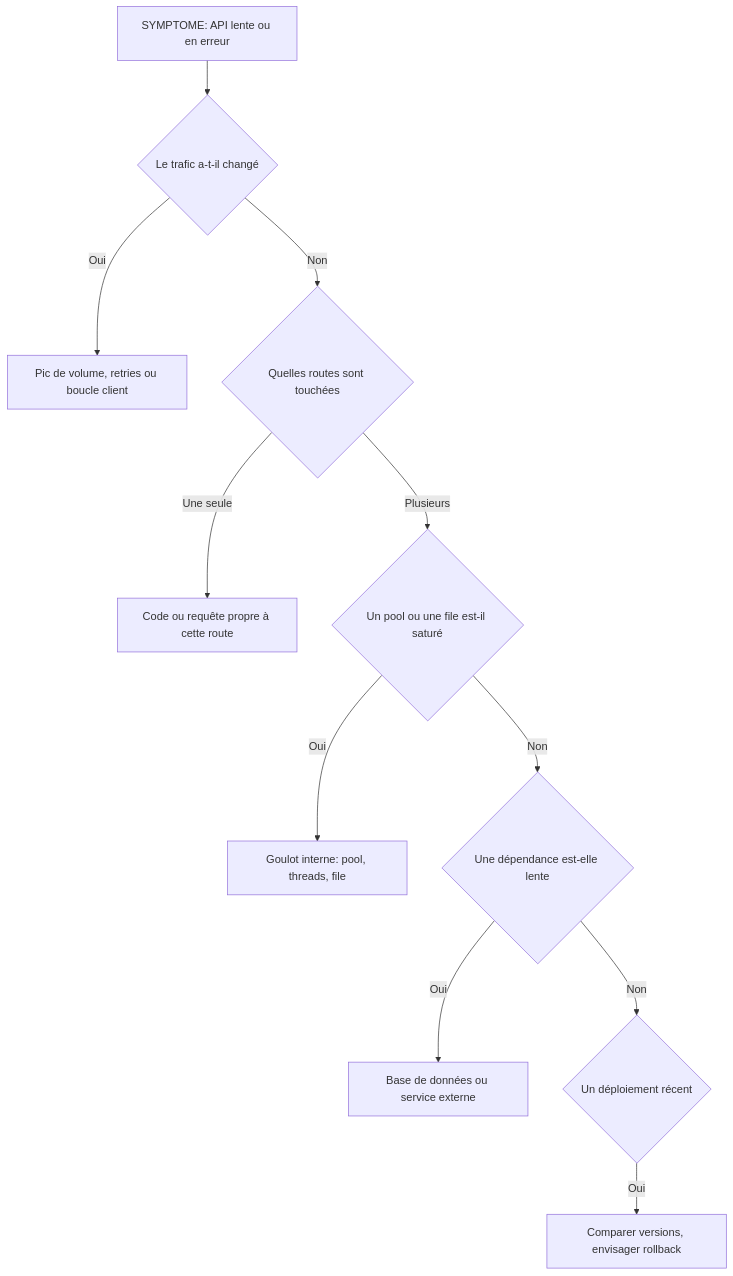
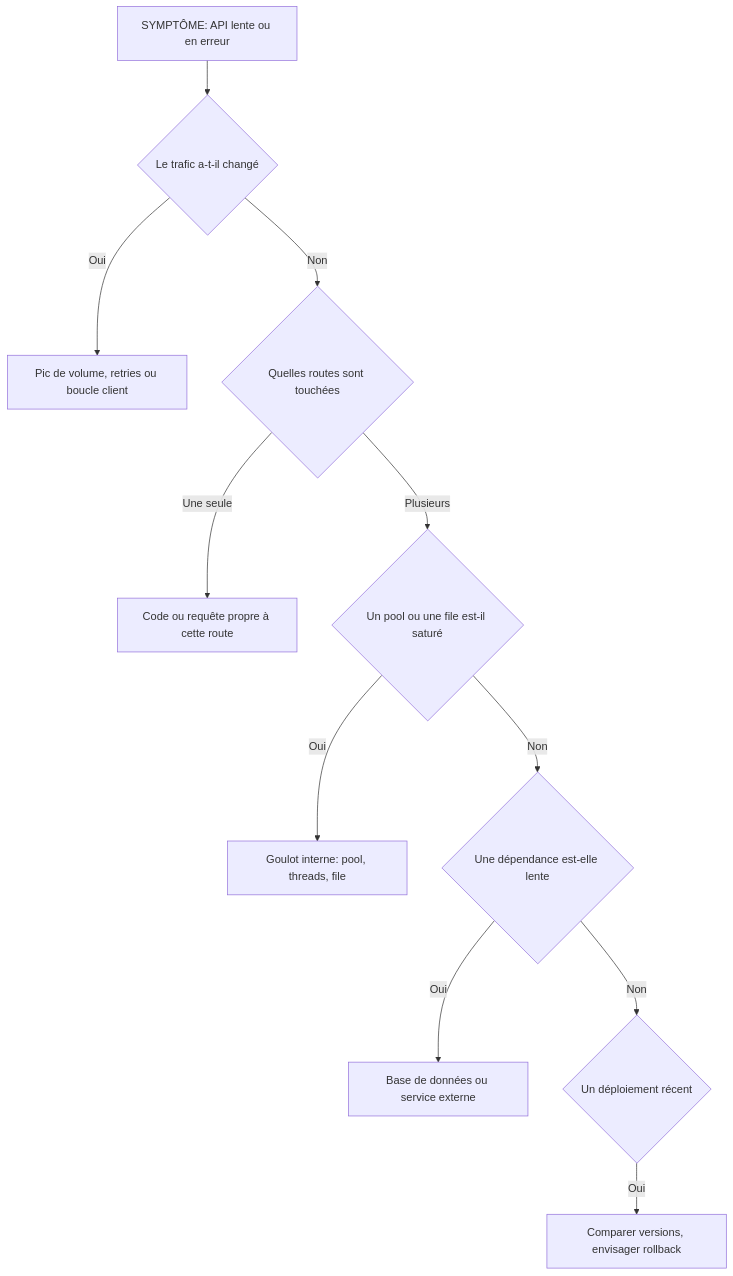
One commit to Gooseppr/GevOps_LC changed the diagram in courses/grafana/22_observabilite_applicative.md. Above: the diagram before and after it, drawn with Mermaid. The commit also changed 56 other files, not shown here.

````diff
--- a/courses/grafana/22_observabilite_applicative.md
+++ b/courses/grafana/22_observabilite_applicative.md
@@ -262,13 +262,13 @@
 ```mermaid
 flowchart TD
-    A[SYMPTOME: API lente ou en erreur] --> B{Le trafic a-t-il changé}
+    A[SYMPTÔME: API lente ou en erreur] --> B{Le trafic a-t-il changé}
     B -->|Oui| C[Pic de volume, retries ou boucle client]
     B -->|Non| D{Quelles routes sont touchées}
     D -->|Une seule| E[Code ou requête propre à cette route]
     D -->|Plusieurs| F{Un pool ou une file est-il saturé}
     F -->|Oui| G[Goulot interne: pool, threads, file]
     F -->|Non| H{Une dépendance est-elle lente}
     H -->|Oui| I[Base de données ou service externe]
     H -->|Non| J{Un déploiement récent}
     J -->|Oui| K[Comparer versions, envisager rollback]
 ```
````
